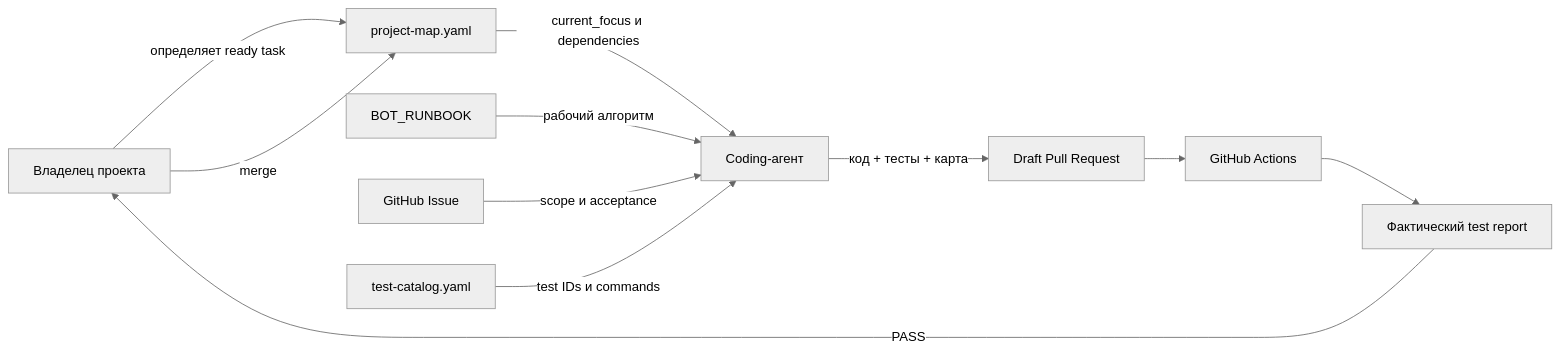
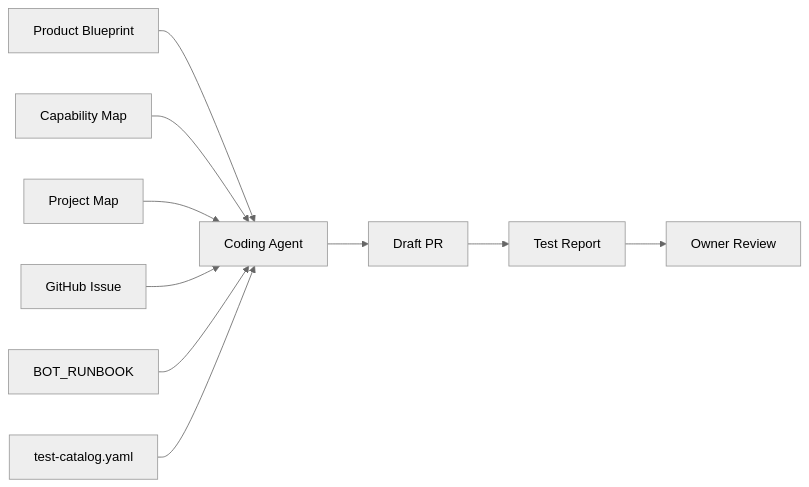
Before and after one commit to spikeal8-maker/asa-lab: the first of 3 diagrams in docs/project-map/QUALITY_MAP.md, drawn with Mermaid (neutral theme). The commit also changed other lines of this file, not shown here.

Commit message:
docs(quality): align gates with capability-driven roadmap

````diff
--- a/docs/project-map/QUALITY_MAP.md
+++ b/docs/project-map/QUALITY_MAP.md
@@ -5,23 +7,23 @@
 ```mermaid
 flowchart LR
-    OWNER[Владелец проекта]
-    AGENT[Coding-агент]
+    PRODUCT[Product Blueprint]
+    CAP[Capability Map]
+    PROJECT[Project Map]
+    ISSUE[GitHub Issue]
     RUNBOOK[BOT_RUNBOOK]
-    MAP[project-map.yaml]
-    ISSUE[GitHub Issue]
     CATALOG[test-catalog.yaml]
-    PR[Draft Pull Request]
-    CI[GitHub Actions]
-    REPORT[Фактический test report]
+    AGENT[Coding Agent]
+    PR[Draft PR]
+    REPORT[Test Report]
+    OWNER[Owner Review]
 
-    OWNER -->|определяет ready task| MAP
-    MAP -->|current_focus и dependencies| AGENT
-    RUNBOOK -->|рабочий алгоритм| AGENT
-    ISSUE -->|scope и acceptance| AGENT
-    CATALOG -->|test IDs и commands| AGENT
-    AGENT -->|код + тесты + карта| PR
-    PR --> CI
-    CI --> REPORT
-    REPORT -->|PASS| OWNER
-    OWNER -->|merge| MAP
+    PRODUCT --> AGENT
+    CAP --> AGENT
+    PROJECT --> AGENT
+    ISSUE --> AGENT
+    RUNBOOK --> AGENT
+    CATALOG --> AGENT
+    AGENT --> PR
+    PR --> REPORT
+    REPORT --> OWNER
 ```
````
